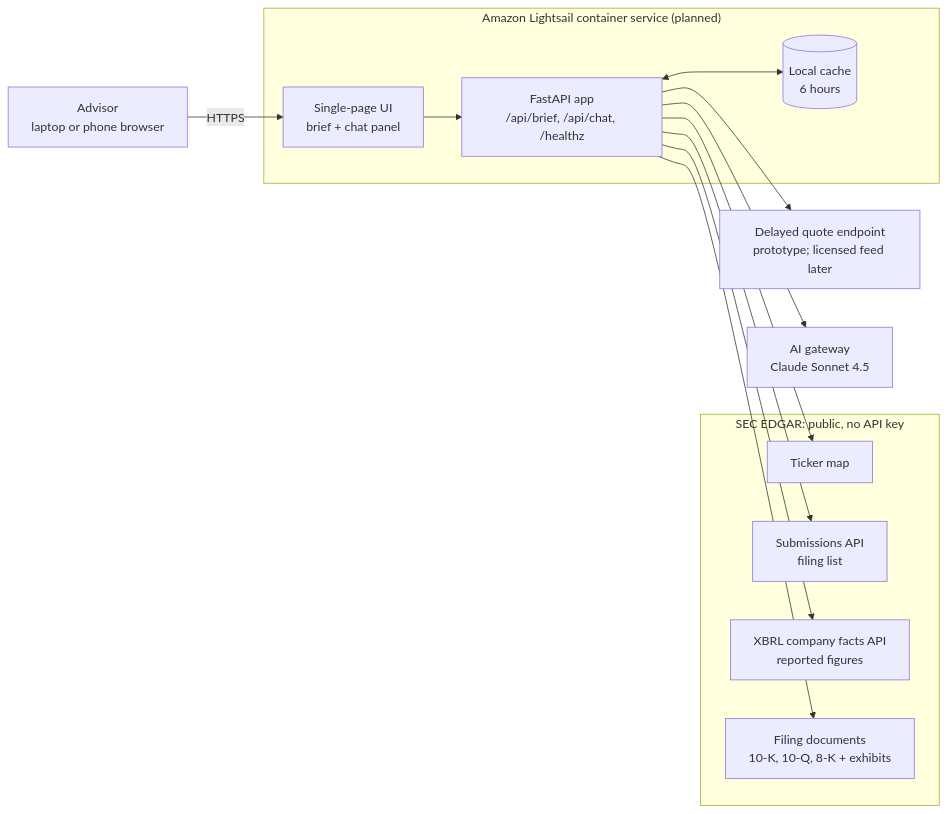
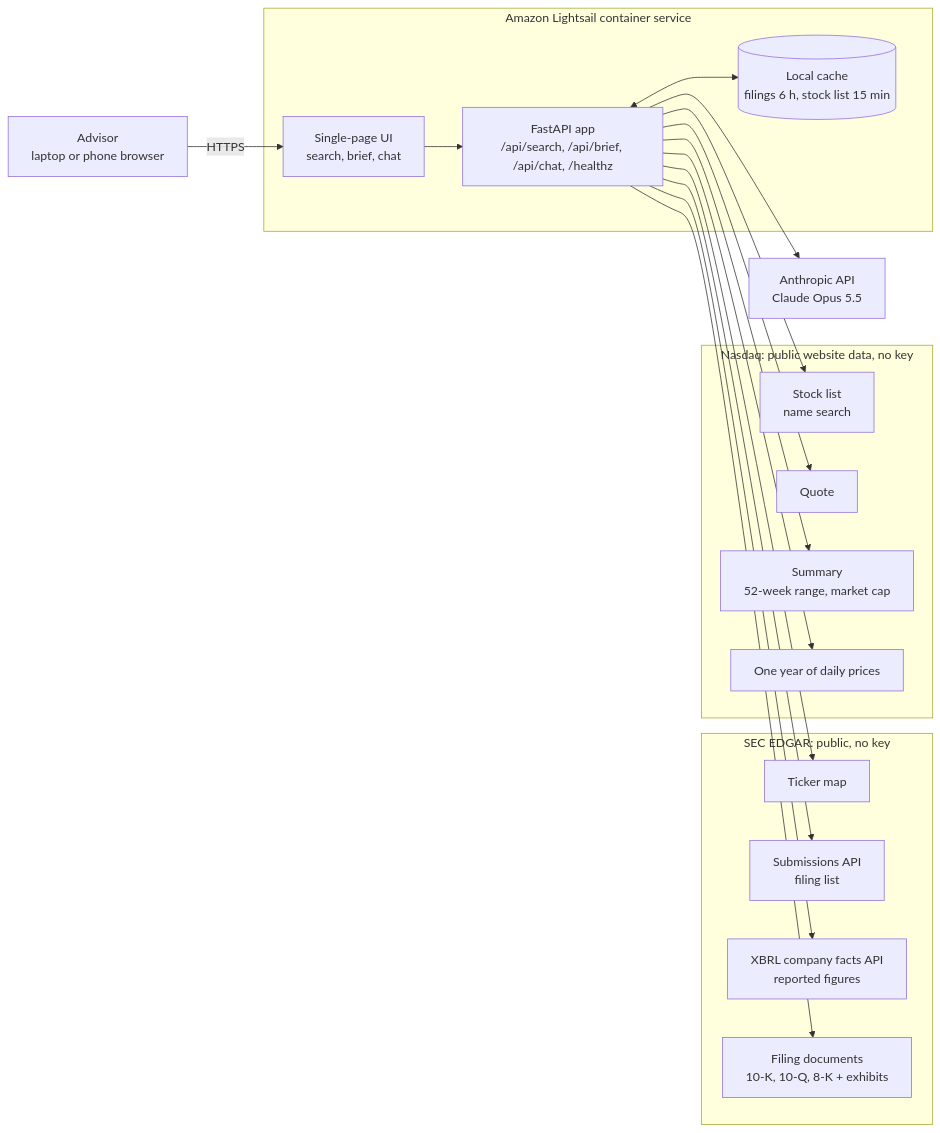
Before and after one commit to AaronNHorvitz/TickerAgent: the first of 5 diagrams in docs/ARCHITECTURE.md, drawn with Mermaid. The commit also changed other lines of this file and 4 other files, not shown here.

First line of the commit message:
Plan Nasdaq data, Claude API chat and Lightsail deploy

````diff
--- a/docs/ARCHITECTURE.md
+++ b/docs/ARCHITECTURE.md
@@ -9,30 +9,39 @@
 ```mermaid
 flowchart LR
     advisor["Advisor<br/>laptop or phone browser"]
 
-    subgraph lightsail["Amazon Lightsail container service (planned)"]
-        ui["Single-page UI<br/>brief + chat panel"]
-        api["FastAPI app<br/>/api/brief, /api/chat, /healthz"]
-        cache[("Local cache<br/>6 hours")]
+    subgraph lightsail["Amazon Lightsail container service"]
+        ui["Single-page UI<br/>search, brief, chat"]
+        api["FastAPI app<br/>/api/search, /api/brief, /api/chat, /healthz"]
+        cache[("Local cache<br/>filings 6 h, stock list 15 min")]
     end
 
-    subgraph edgar["SEC EDGAR: public, no API key"]
+    subgraph edgar["SEC EDGAR: public, no key"]
         tickers["Ticker map"]
         subs["Submissions API<br/>filing list"]
         xbrl["XBRL company facts API<br/>reported figures"]
         docs["Filing documents<br/>10-K, 10-Q, 8-K + exhibits"]
     end
 
-    quote["Delayed quote endpoint<br/>prototype; licensed feed later"]
-    llm["AI gateway<br/>Claude Sonnet 4.5"]
+    subgraph nasdaq["Nasdaq: public website data, no key"]
+        screener["Stock list<br/>name search"]
+        info["Quote"]
+        summary["Summary<br/>52-week range, market cap"]
+        hist["One year of daily prices"]
+    end
+
+    claude["Anthropic API<br/>Claude Opus 5.5"]
 
     advisor -->|HTTPS| ui
     ui --> api
     api <--> cache
     api --> tickers
     api --> subs
     api --> xbrl
     api --> docs
-    api --> quote
-    api --> llm
+    api --> screener
+    api --> info
+    api --> summary
+    api --> hist
+    api --> claude
 ```
````
